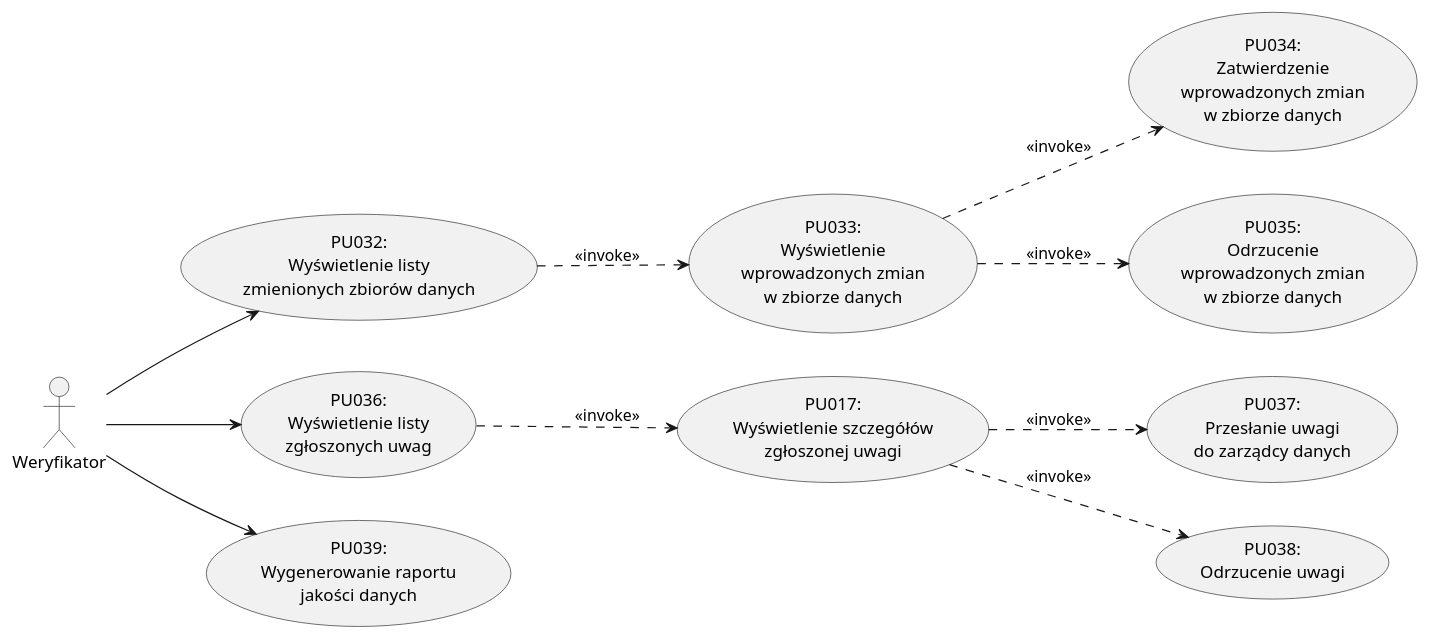
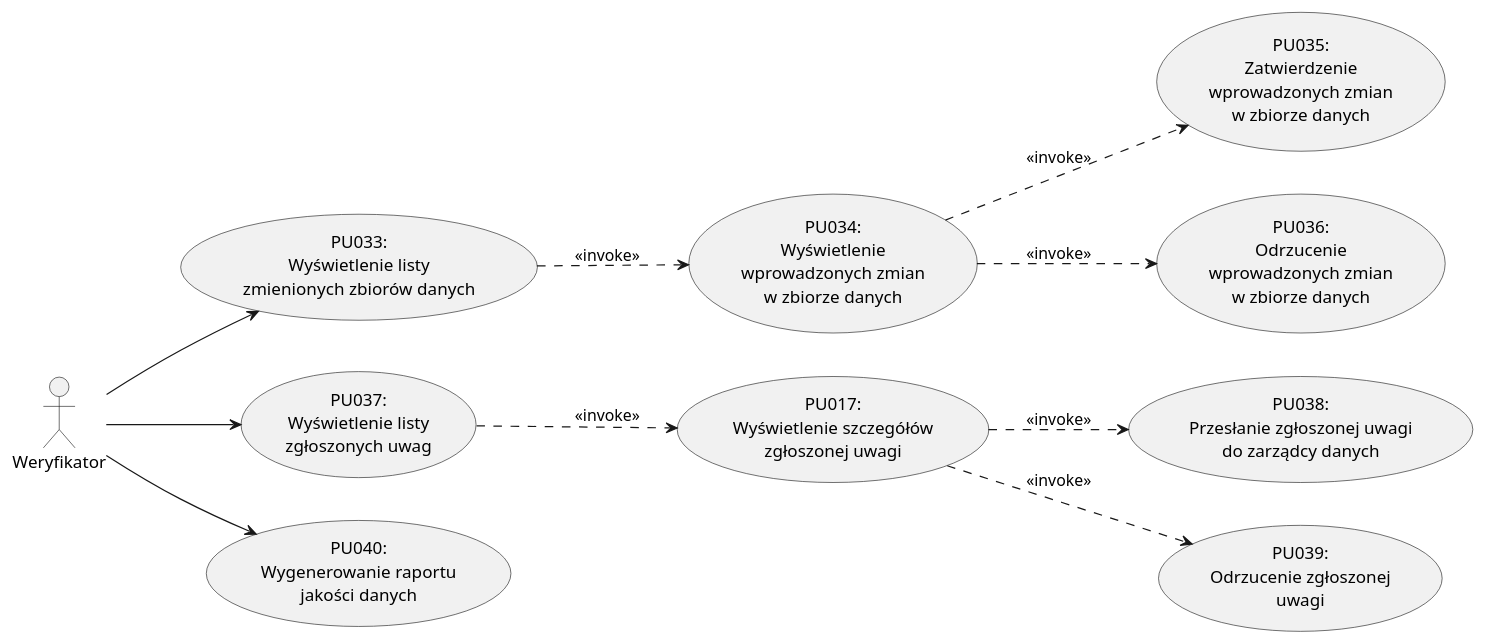
Before and after one commit to kokolodziejska/IWO: diagram 12 of 13 in dokumentacja.md, drawn with PlantUML. The commit also changed other lines of this file and 5 other files, not shown here.

````diff
--- a/dokumentacja.md
+++ b/dokumentacja.md
@@ -1506,32 +1515,32 @@
   ```puml
   @startuml
   left to right direction
 
   actor "Weryfikator" as Verifier
 
-  usecase "PU032:\nWyświetlenie listy\nzmienionych zbiorów danych" as PU032
-  usecase "PU033:\nWyświetlenie\nwprowadzonych zmian\nw zbiorze danych" as PU033
-  usecase "PU034:\nZatwierdzenie\nwprowadzonych zmian\nw zbiorze danych" as PU034
-  usecase "PU035:\nOdrzucenie\nwprowadzonych zmian\nw zbiorze danych" as PU035
+  usecase "PU033:\nWyświetlenie listy\nzmienionych zbiorów danych" as PU033
+  usecase "PU034:\nWyświetlenie\nwprowadzonych zmian\nw zbiorze danych" as PU034
+  usecase "PU035:\nZatwierdzenie\nwprowadzonych zmian\nw zbiorze danych" as PU035
+  usecase "PU036:\nOdrzucenie\nwprowadzonych zmian\nw zbiorze danych" as PU036
 
-  usecase "PU036:\nWyświetlenie listy\nzgłoszonych uwag" as PU036
+  usecase "PU037:\nWyświetlenie listy\nzgłoszonych uwag" as PU037
   usecase "PU017:\nWyświetlenie szczegółów\nzgłoszonej uwagi" as PU017
-  usecase "PU037:\nPrzesłanie uwagi\ndo zarządcy danych" as PU037
-  usecase "PU038:\nOdrzucenie uwagi" as PU038
+  usecase "PU038:\nPrzesłanie zgłoszonej uwagi\ndo zarządcy danych" as PU038
+  usecase "PU039:\nOdrzucenie zgłoszonej\nuwagi" as PU039
 
-  usecase "PU039:\nWygenerowanie raportu\njakości danych" as PU039
+  usecase "PU040:\nWygenerowanie raportu\njakości danych" as PU040
 
-  Verifier --> PU032
-  Verifier --> PU036
-  Verifier --> PU039
+  Verifier --> PU033
+  Verifier --> PU037
+  Verifier --> PU040
 
-  PU032 ..> PU033 : <<invoke>>
   PU033 ..> PU034 : <<invoke>>
-  PU033 ..> PU035 : <<invoke>>
+  PU034 ..> PU035 : <<invoke>>
+  PU034 ..> PU036 : <<invoke>>
 
-  PU036 ..> PU017 : <<invoke>>
-  PU017 ..> PU037 : <<invoke>>
+  PU037 ..> PU017 : <<invoke>>
   PU017 ..> PU038 : <<invoke>>
+  PU017 ..> PU039 : <<invoke>>
 
   @enduml
   ```
````
